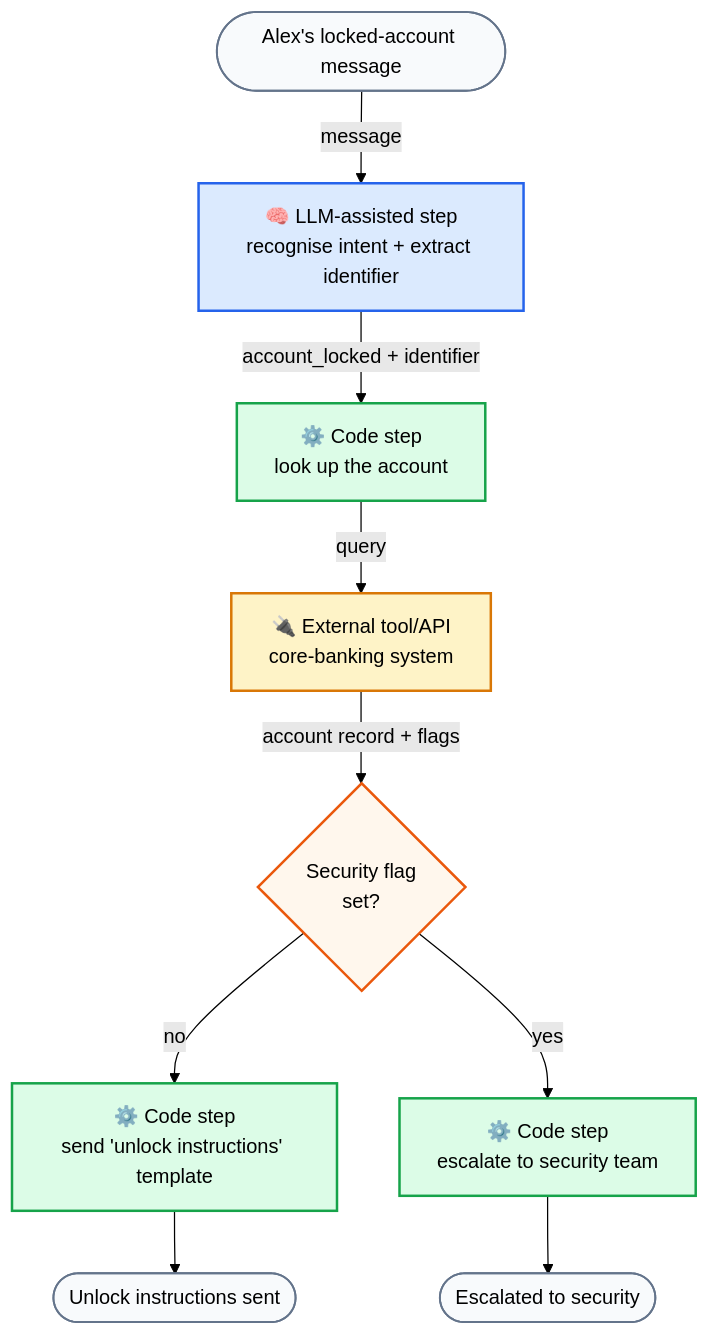
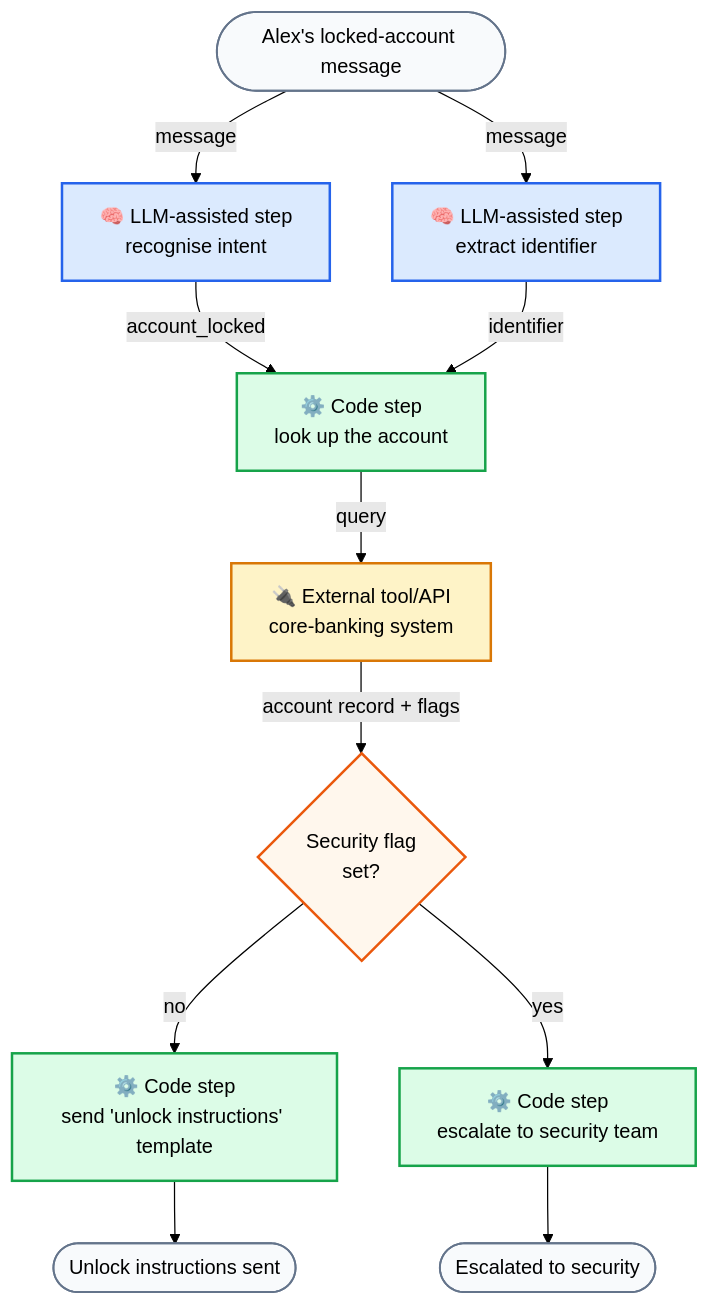
Before and after one commit to FridljDa/FridljDa.github.io: the third of 5 diagrams in src/content/blog/workflow-vs-agent.mdx, drawn with Mermaid (forest theme).

Commit message:
refine: split intent recognition and identifier extraction into parallel LLM steps

````diff
--- a/src/content/blog/workflow-vs-agent.mdx
+++ b/src/content/blog/workflow-vs-agent.mdx
@@ -110,32 +110,35 @@
 ```mermaid
 flowchart TD
     INPUT(["Alex's locked-account message"])
-    L1["🧠 LLM-assisted step<br/>recognise intent + extract identifier"]
+    L1["🧠 LLM-assisted step<br/>recognise intent"]
+    L2["🧠 LLM-assisted step<br/>extract identifier"]
     C1["⚙️ Code step<br/>look up the account"]
     T1["🔌 External tool/API<br/>core-banking system"]
     D1{"Security flag<br/>set?"}
     C2["⚙️ Code step<br/>send 'unlock instructions' template"]
     C3["⚙️ Code step<br/>escalate to security team"]
     OUT1(["Unlock instructions sent"])
     OUT2(["Escalated to security"])
 
     INPUT -->|"message"| L1
-    L1 -->|"account_locked + identifier"| C1
+    INPUT -->|"message"| L2
+    L1 -->|"account_locked"| C1
+    L2 -->|"identifier"| C1
     C1 -->|"query"| T1
     T1 -->|"account record + flags"| D1
     D1 -->|"no"| C2
     D1 -->|"yes"| C3
     C2 --> OUT1
     C3 --> OUT2
 
     classDef llm fill:#dbeafe,stroke:#2563eb,stroke-width:2px
     classDef code fill:#dcfce7,stroke:#16a34a,stroke-width:2px
     classDef tool fill:#fef3c7,stroke:#d97706,stroke-width:2px
     classDef decision fill:#fff7ed,stroke:#ea580c,stroke-width:2px
     classDef terminal fill:#f8fafc,stroke:#64748b,stroke-width:1.5px
-    class L1 llm
+    class L1,L2 llm
     class C1,C2,C3 code
     class T1 tool
     class D1 decision
     class INPUT,OUT1,OUT2 terminal
 ```
````
